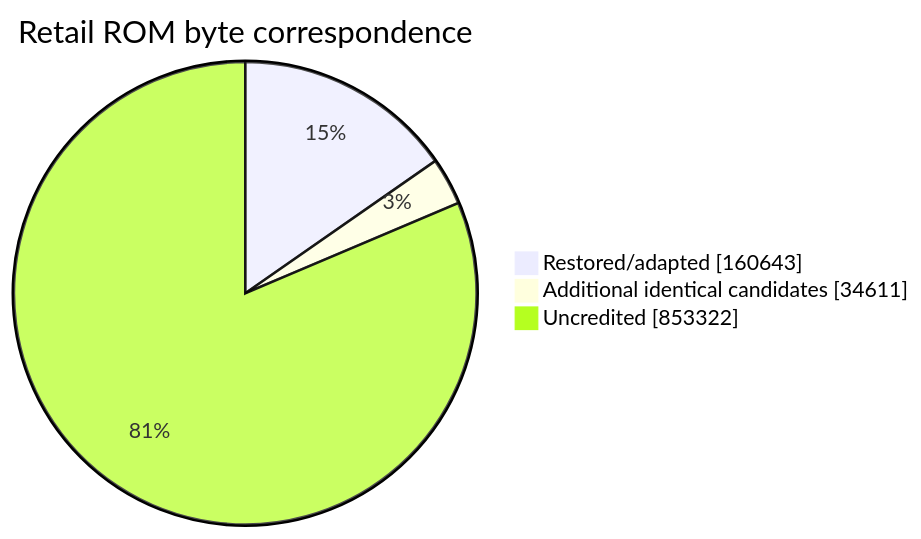
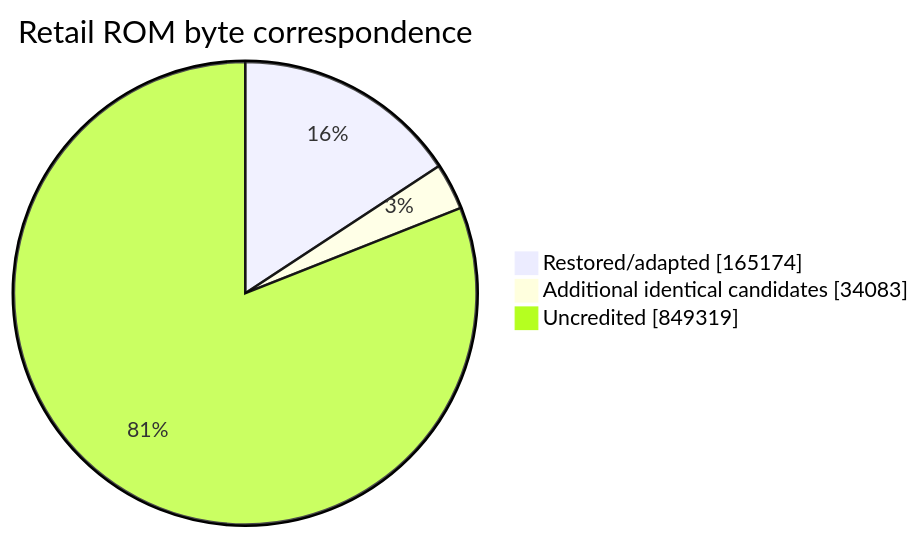
Before and after one commit to NachtRaveVL/stuntracefx: the second of 2 diagrams in readme.md, drawn with Mermaid. The commit also changed other lines of this file and 15 other files, not shown here.

````diff
--- a/readme.md
+++ b/readme.md
@@ -106,7 +108,7 @@
 ```mermaid
 pie showData
     title Retail ROM byte correspondence
-    "Restored/adapted" : 160643
-    "Additional identical candidates" : 34611
-    "Uncredited" : 853322
+    "Restored/adapted" : 165174
+    "Additional identical candidates" : 34083
+    "Uncredited" : 849319
 ```
````
